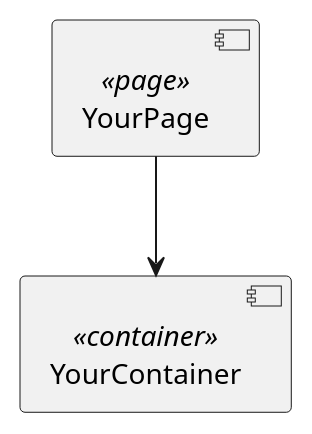
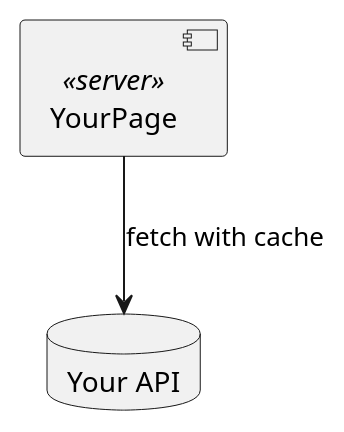
Before and after one commit to masterhyuns/elastic-search-study: the first of 3 diagrams in docs/diagrams/README.md, drawn with PlantUML. The commit also changed other lines of this file and 10 other files, not shown here.

First line of the commit message:
refactor: Next.js/React 중심으로 다이어그램 템플릿 재구성

````diff
--- a/docs/diagrams/README.md
+++ b/docs/diagrams/README.md
@@ -108,6 +279,6 @@
 ```plantuml
-' 자신의 컴포넌트로 변경
-[YourPage] <<page>>
-[YourContainer] <<container>>
-YourPage --> YourContainer
+[YourPage] <<server>> as page
+database "Your API" as api
+
+page --> api : fetch with cache
 ```
````
